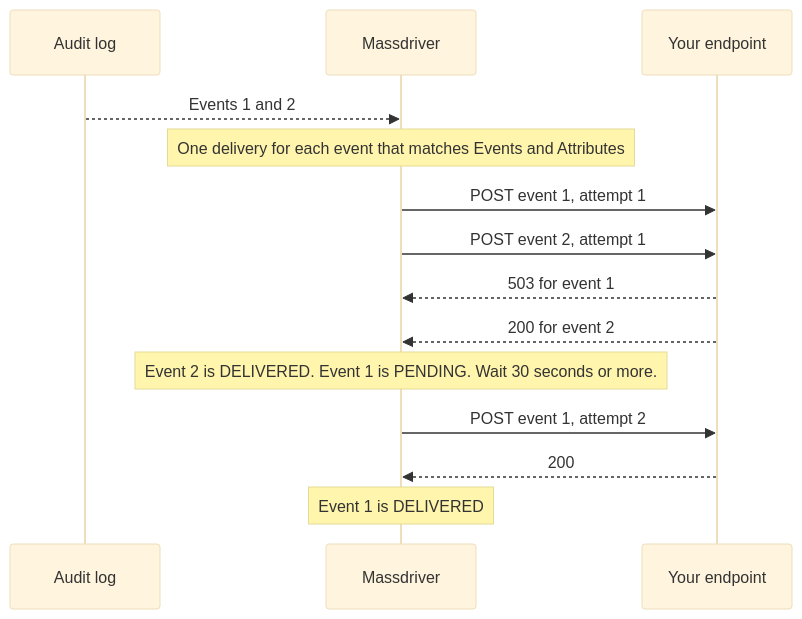
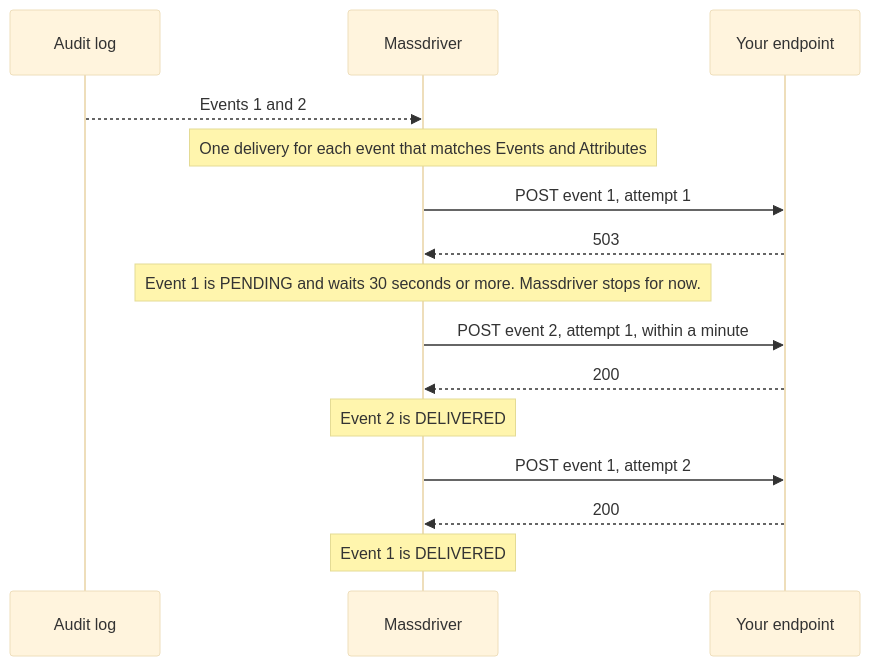
Before and after one commit to massdriver-cloud/docs: the diagram in docs/platform-operations/03-event-destinations.md, drawn with Mermaid (base theme). The commit also changed other lines of this file, not shown here.

````diff
--- a/docs/platform-operations/03-event-destinations.md
+++ b/docs/platform-operations/03-event-destinations.md
@@ -116,16 +116,17 @@
 ```mermaid
 sequenceDiagram
     participant AL as Audit log
     participant MD as Massdriver
     participant EP as Your endpoint
     AL-->>MD: Events 1 and 2
     Note over MD: One delivery for each event that matches Events and Attributes
     MD->>EP: POST event 1, attempt 1
-    MD->>EP: POST event 2, attempt 1
-    EP-->>MD: 503 for event 1
-    EP-->>MD: 200 for event 2
-    Note over MD: Event 2 is DELIVERED. Event 1 is PENDING. Wait 30 seconds or more.
+    EP-->>MD: 503
+    Note over MD: Event 1 is PENDING and waits 30 seconds or more. Massdriver stops for now.
+    MD->>EP: POST event 2, attempt 1, within a minute
+    EP-->>MD: 200
+    Note over MD: Event 2 is DELIVERED
     MD->>EP: POST event 1, attempt 2
     EP-->>MD: 200
     Note over MD: Event 1 is DELIVERED
 ```
````
